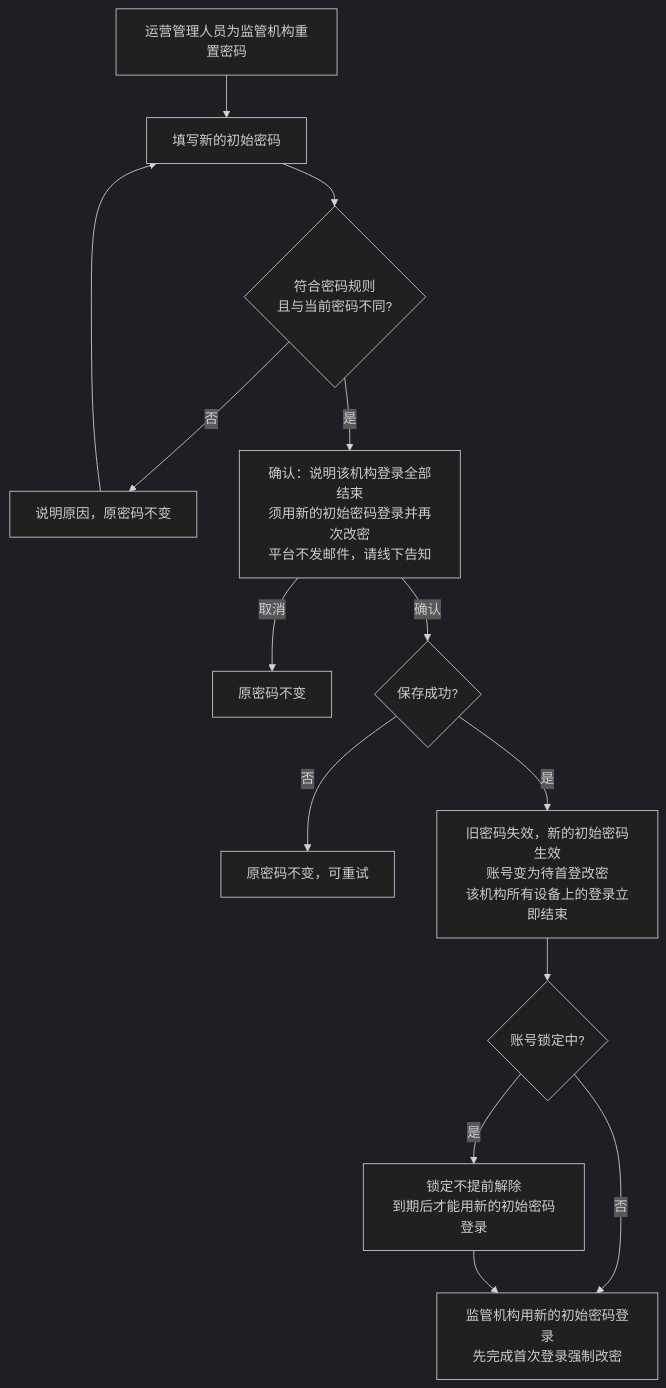
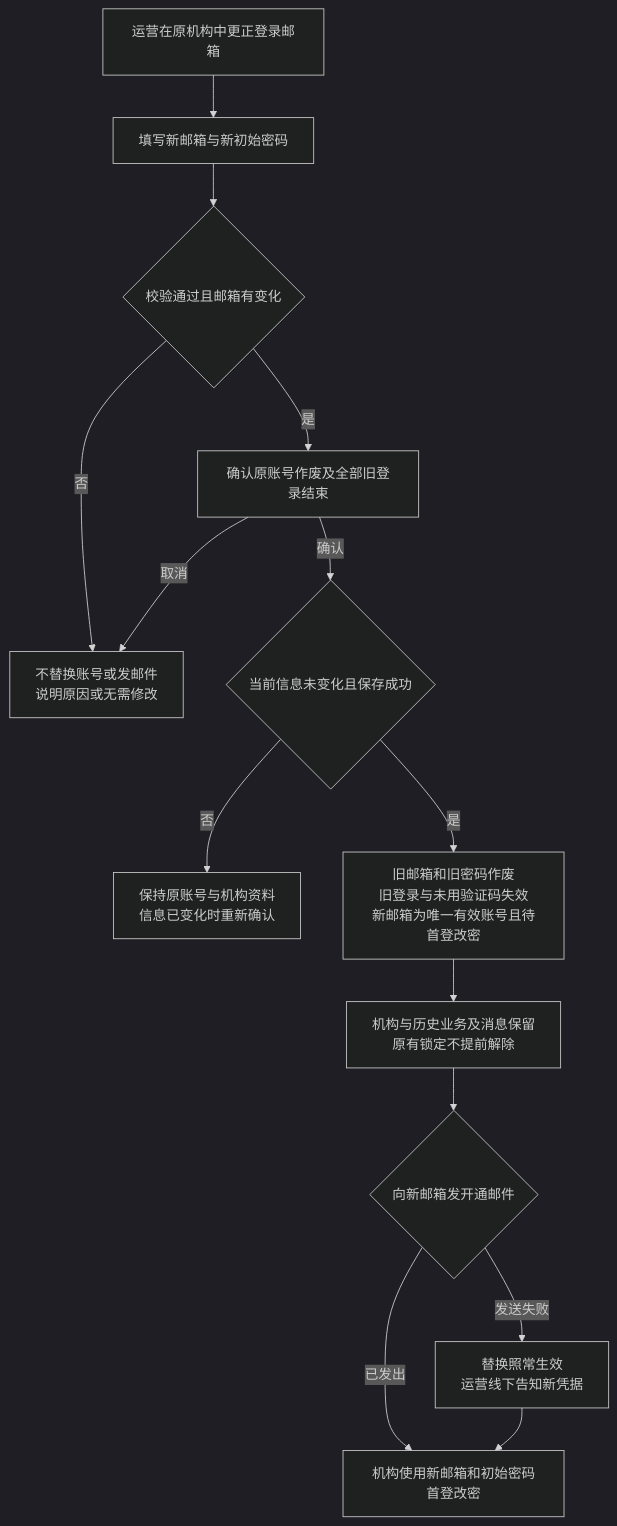
One commit to wxblockchain/Chain-Financing changed the third of 4 diagrams in token-issuance-platform/PRD/v1.0-监管机构管理-流程图与状态机.md. Above: the diagram before and after it, drawn with Mermaid (dark theme). The commit also changed other lines of this file and 9 other files, not shown here.

````diff
--- a/token-issuance-platform/PRD/v1.0-监管机构管理-流程图与状态机.md
+++ b/token-issuance-platform/PRD/v1.0-监管机构管理-流程图与状态机.md
@@ -63,16 +65,16 @@
 ```mermaid
 flowchart TD
-    A[运营管理人员为监管机构重置密码] --> B[填写新的初始密码]
-    B --> C{符合密码规则<br/>且与当前密码不同?}
-    C -->|否| C1[说明原因，原密码不变]
-    C1 --> B
-    C -->|是| D[确认：说明该机构登录全部结束<br/>须用新的初始密码登录并再次改密<br/>平台不发邮件，请线下告知]
-    D -->|取消| D1[原密码不变]
-    D -->|确认| E{保存成功?}
-    E -->|否| E1[原密码不变，可重试]
-    E -->|是| F[旧密码失效，新的初始密码生效<br/>账号变为待首登改密<br/>该机构所有设备上的登录立即结束]
-    F --> G{账号锁定中?}
-    G -->|是| G1[锁定不提前解除<br/>到期后才能用新的初始密码登录]
-    G -->|否| H[监管机构用新的初始密码登录<br/>先完成首次登录强制改密]
-    G1 --> H
+    A[运营在原机构中更正登录邮箱] --> B[填写新邮箱与新初始密码]
+    B --> C{校验通过且邮箱有变化}
+    C -->|否| D[不替换账号或发邮件<br/>说明原因或无需修改]
+    C -->|是| E[确认原账号作废及全部旧登录结束]
+    E -->|取消| D
+    E -->|确认| F{当前信息未变化且保存成功}
+    F -->|否| G[保持原账号与机构资料<br/>信息已变化时重新确认]
+    F -->|是| H[旧邮箱和旧密码作废<br/>旧登录与未用验证码失效<br/>新邮箱为唯一有效账号且待首登改密]
+    H --> I[机构与历史业务及消息保留<br/>原有锁定不提前解除]
+    I --> J{向新邮箱发开通邮件}
+    J -->|已发出| K[机构使用新邮箱和初始密码首登改密]
+    J -->|发送失败| L[替换照常生效<br/>运营线下告知新凭据]
+    L --> K
 ```
````
